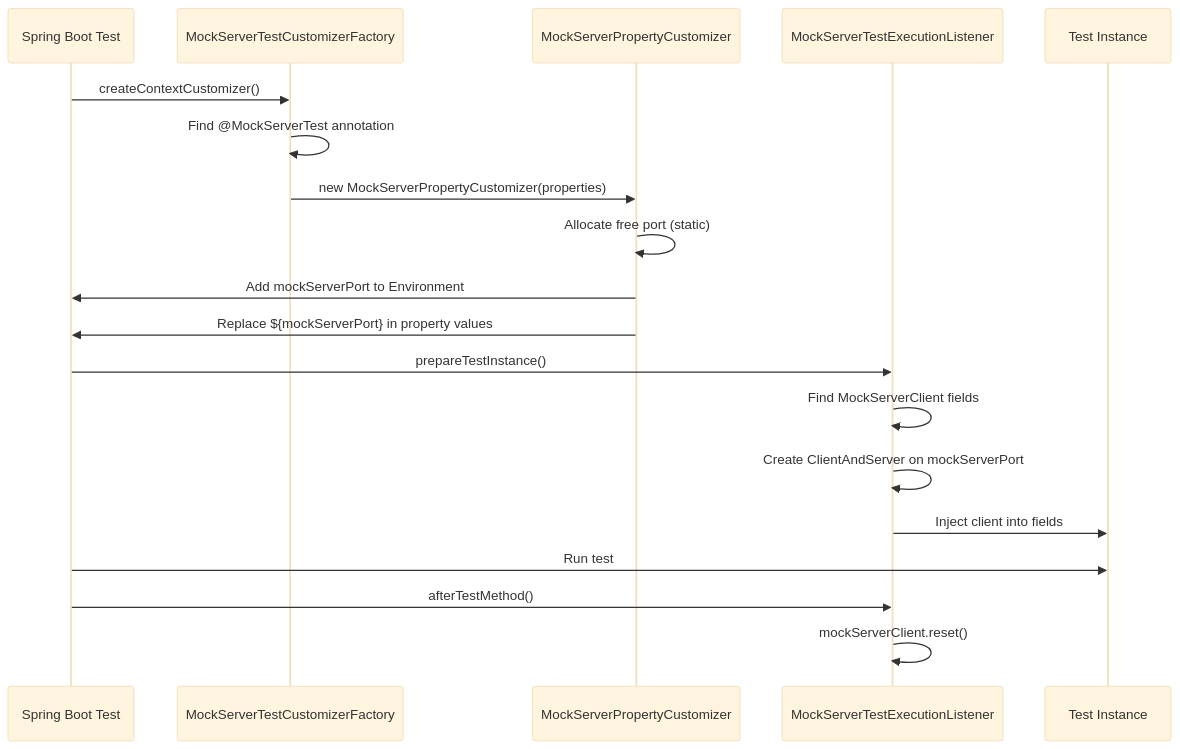
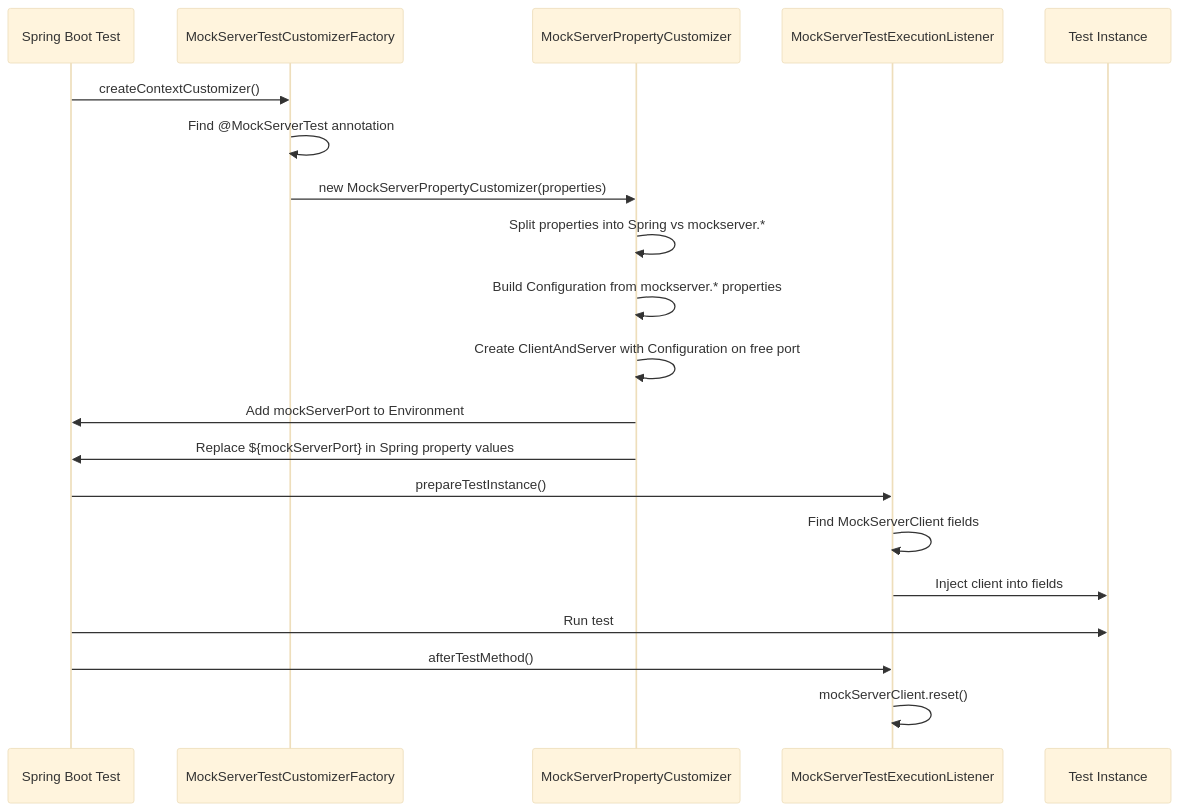
One commit to mock-server/mockserver changed the fourth of 5 diagrams in docs/code/client-and-integrations.md. Above: the diagram before and after it, drawn with Mermaid (base theme). The commit also changed other lines of this file and 7 other files, not shown here.

Commit message:
test+docs: add configuration tests and update docs for @MockServerTest mockserver.* property support (#1554)

````diff
--- a/docs/code/client-and-integrations.md
+++ b/docs/code/client-and-integrations.md
@@ -251,25 +251,26 @@
 ```mermaid
 sequenceDiagram
     participant SB as Spring Boot Test
     participant CF as MockServerTestCustomizerFactory
     participant PC as MockServerPropertyCustomizer
     participant EL as MockServerTestExecutionListener
     participant T as Test Instance
 
     SB->>CF: createContextCustomizer()
     CF->>CF: Find @MockServerTest annotation
     CF->>PC: new MockServerPropertyCustomizer(properties)
-    PC->>PC: Allocate free port (static)
+    PC->>PC: Split properties into Spring vs mockserver.*
+    PC->>PC: Build Configuration from mockserver.* properties
+    PC->>PC: Create ClientAndServer with Configuration on free port
     PC->>SB: Add mockServerPort to Environment
-    PC->>SB: Replace ${mockServerPort} in property values
+    PC->>SB: Replace ${mockServerPort} in Spring property values
 
     SB->>EL: prepareTestInstance()
     EL->>EL: Find MockServerClient fields
-    EL->>EL: Create ClientAndServer on mockServerPort
     EL->>T: Inject client into fields
 
     SB->>T: Run test
 
     SB->>EL: afterTestMethod()
     EL->>EL: mockServerClient.reset()
 ```
````
